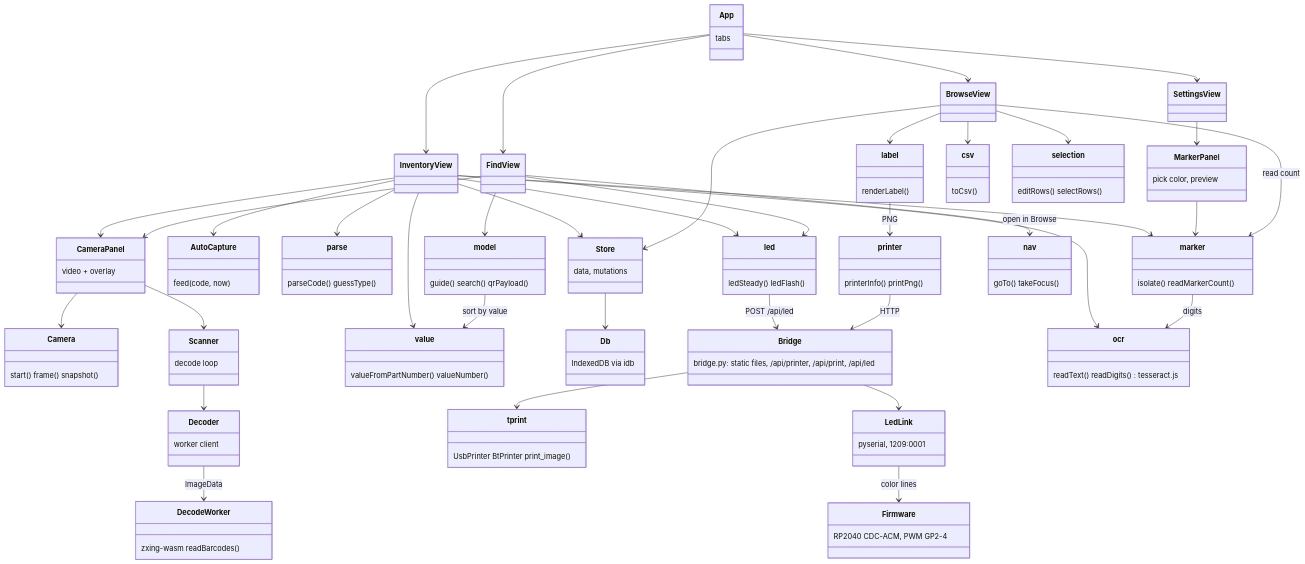
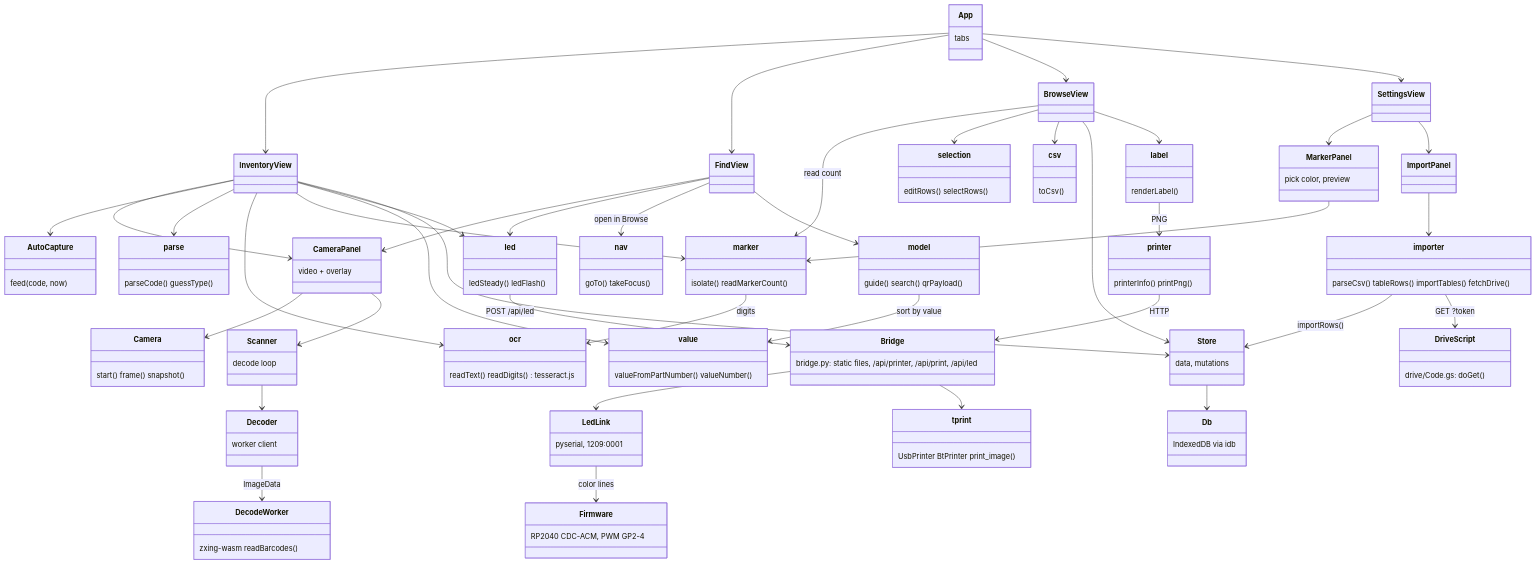
One commit to tmpk13/qr-sort-eparts changed the diagram in README.md. Above: the diagram before and after it, drawn with Mermaid. The commit also changed other lines of this file and 17 other files, not shown here.

First line of the commit message:
qr-sort: import CSV files and Google Sheets from a Drive folder

````diff
--- a/README.md
+++ b/README.md
@@ -70,68 +91,75 @@
 ```mermaid
 classDiagram
     class App { tabs }
     class InventoryView
     class FindView
     class BrowseView
     class SettingsView
     class CameraPanel { video + overlay }
     class Camera { start() frame() snapshot() }
     class Scanner { decode loop }
     class Decoder { worker client }
     class DecodeWorker { zxing-wasm readBarcodes() }
     class AutoCapture { feed(code, now) }
     class parse { parseCode() guessType() }
     class value { valueFromPartNumber() valueNumber() }
     class marker { isolate() readMarkerCount() }
     class MarkerPanel { pick color, preview }
     class model { guide() search() qrPayload() }
     class Store { data, mutations }
     class Db { IndexedDB via idb }
     class label { renderLabel() }
     class printer { printerInfo() printPng() }
     class Bridge { bridge.py: static files, /api/printer, /api/print, /api/led }
     class tprint { UsbPrinter BtPrinter print_image() }
     class ocr { readText() readDigits() tesseract.js }
     class led { ledSteady() ledFlash() }
     class LedLink { pyserial, 1209:0001 }
     class Firmware { RP2040 CDC-ACM, PWM GP2-4 }
     class csv { toCsv() }
+    class ImportPanel
+    class importer { parseCsv() tableRows() importTables() fetchDrive() }
+    class DriveScript { drive/Code.gs: doGet() }
     class selection { editRows() selectRows() }
     class nav { goTo() takeFocus() }
     App --> InventoryView
     App --> FindView
     App --> BrowseView
     App --> SettingsView
     InventoryView --> CameraPanel
     FindView --> CameraPanel
     InventoryView --> AutoCapture
     InventoryView --> parse
     InventoryView --> ocr
     InventoryView --> marker
     InventoryView --> value
     SettingsView --> MarkerPanel
     MarkerPanel --> marker
     BrowseView --> marker : read count
     marker --> ocr : digits
     model --> value : sort by value
     InventoryView --> led
     FindView --> led
     FindView --> nav : open in Browse
     BrowseView --> selection
     BrowseView --> csv
+    SettingsView --> ImportPanel
+    ImportPanel --> importer
+    importer --> Store : importRows()
+    importer --> DriveScript : GET ?token
     led --> Bridge : POST /api/led
     Bridge --> LedLink
     LedLink --> Firmware : color lines
     FindView --> model
     CameraPanel --> Camera
     CameraPanel --> Scanner
     Scanner --> Decoder
     Decoder --> DecodeWorker : ImageData
     InventoryView --> Store
     BrowseView --> Store
     Store --> Db
     BrowseView --> label
     label --> printer : PNG
     printer --> Bridge : HTTP
     Bridge --> tprint
 ```
````
